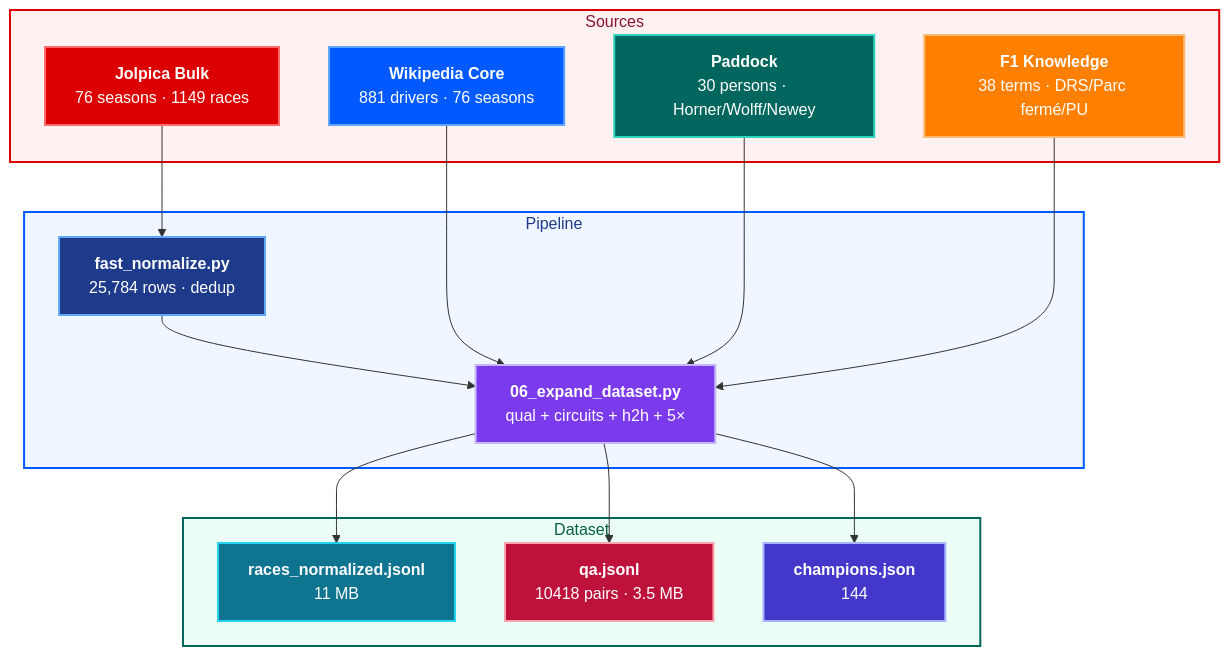
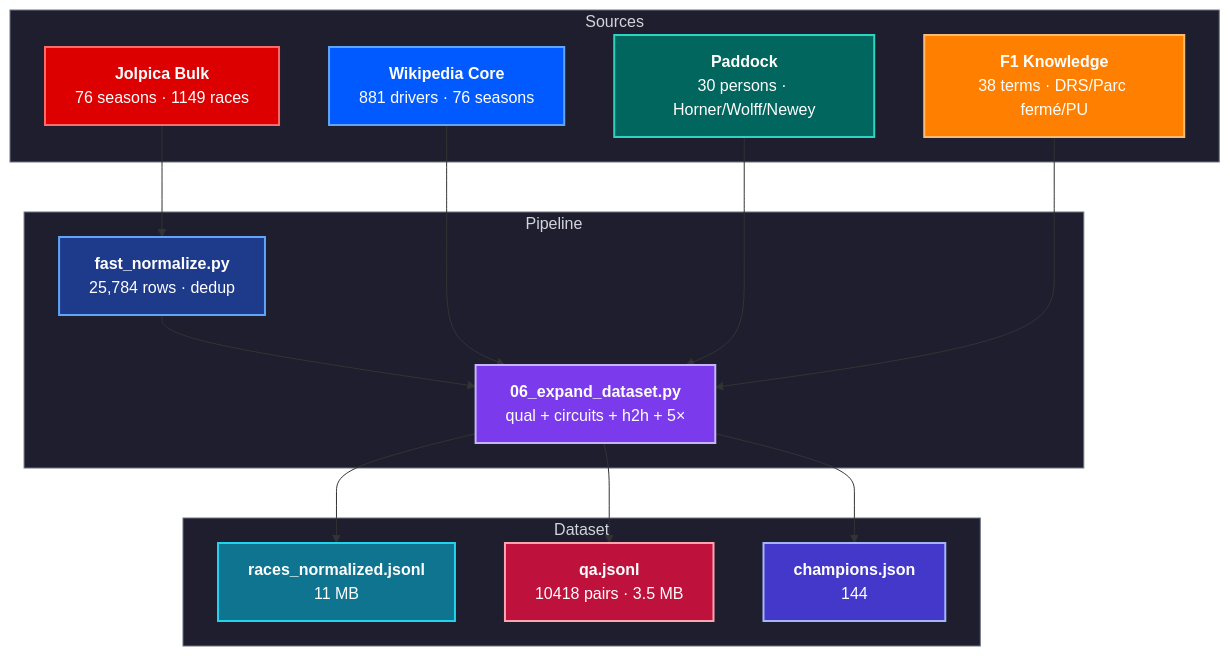
Before and after one commit to VineshF1/F1-Dataset: the diagram in README.md, drawn with Mermaid.

````diff
--- a/README.md
+++ b/README.md
@@ -24,43 +24,43 @@
 ```mermaid
 flowchart TB
     subgraph SOURCES["Sources"]
         A["<b>Jolpica Bulk</b><br/>76 seasons · 1149 races"]
         B["<b>Wikipedia Core</b><br/>881 drivers · 76 seasons"]
         C["<b>Paddock</b><br/>30 persons · Horner/Wolff/Newey"]
         D["<b>F1 Knowledge</b><br/>38 terms · DRS/Parc fermé/PU"]
     end
 
     subgraph PIPELINE["Pipeline"]
         E["<b>fast_normalize.py</b><br/>25,784 rows · dedup"]
         F["<b>06_expand_dataset.py</b><br/>qual + circuits + h2h + 5×"]
     end
 
     subgraph OUTPUT["Dataset"]
         G["<b>races_normalized.jsonl</b><br/>11 MB"]
         H["<b>qa.jsonl</b><br/>10418 pairs · 3.5 MB"]
         I["<b>champions.json</b><br/>144"]
     end
 
     A --> E
     E --> F
     B --> F
     C --> F
     D --> F
     F --> G
     F --> H
     F --> I
 
     style A fill:#DC0000,stroke:#FF6B6B,stroke-width:2px,color:#fff
     style B fill:#005AFF,stroke:#60A5FA,stroke-width:2px,color:#fff
     style C fill:#00665E,stroke:#2DD4BF,stroke-width:2px,color:#fff
     style D fill:#FF8000,stroke:#FDBA74,stroke-width:2px,color:#fff
     style E fill:#1E3A8A,stroke:#60A5FA,stroke-width:2px,color:#fff
     style F fill:#7C3AED,stroke:#C4B5FD,stroke-width:2px,color:#fff
     style G fill:#0E7490,stroke:#22D3EE,stroke-width:2px,color:#fff
     style H fill:#BE123C,stroke:#FDA4AF,stroke-width:2px,color:#fff
     style I fill:#4338CA,stroke:#A5B4FC,stroke-width:2px,color:#fff
 
-    style SOURCES fill:#FFF1F2,stroke:#DC0000,stroke-width:2px,color:#881337
-    style PIPELINE fill:#EFF6FF,stroke:#005AFF,stroke-width:2px,color:#1e3a8a
-    style OUTPUT fill:#ECFDF5,stroke:#00665E,stroke-width:2px,color:#065f46
+    style SOURCES fill:#1e1e2e,stroke:#6b7280,stroke-width:1px,color:#d1d5db
+    style PIPELINE fill:#1e1e2e,stroke:#6b7280,stroke-width:1px,color:#d1d5db
+    style OUTPUT fill:#1e1e2e,stroke:#6b7280,stroke-width:1px,color:#d1d5db
 ```
````
